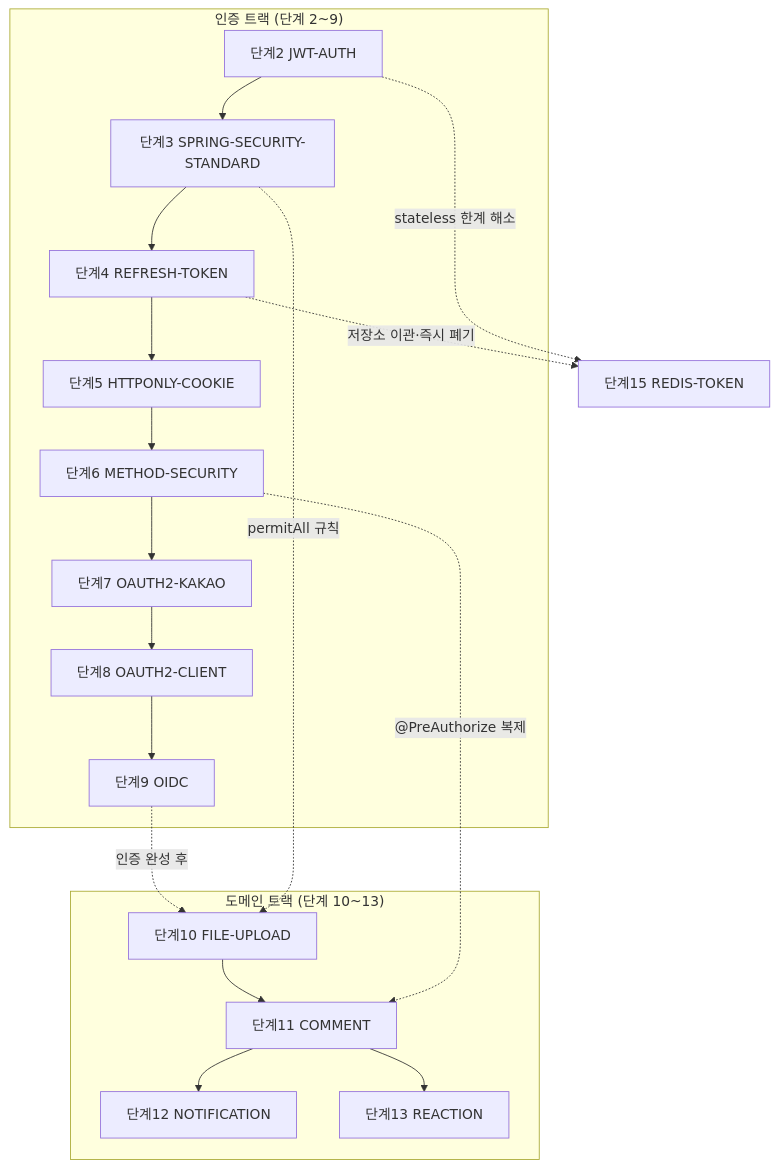
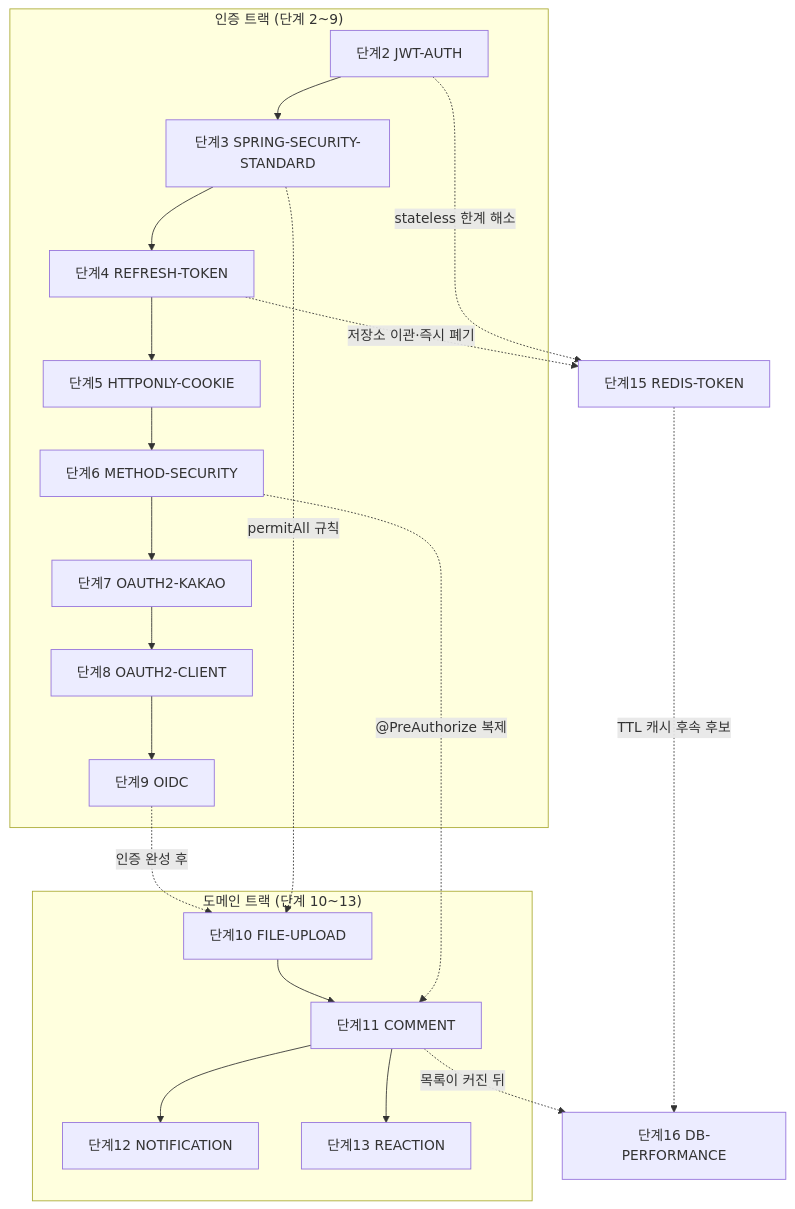
The diagram in docs/lecture/000-MOC.md (icesnake72/boards), drawn with Mermaid before and after one commit. The commit also changed other lines of this file and 4 other files, not shown here.

````diff
--- a/docs/lecture/000-MOC.md
+++ b/docs/lecture/000-MOC.md
@@ -18,22 +18,24 @@
 ```mermaid
 flowchart TD
   subgraph AUTH["인증 트랙 (단계 2~9)"]
     JWT["단계2 JWT-AUTH"] --> STD["단계3 SPRING-SECURITY-STANDARD"]
     STD --> RT["단계4 REFRESH-TOKEN"]
     RT --> COOKIE["단계5 HTTPONLY-COOKIE"]
     COOKIE --> MS["단계6 METHOD-SECURITY"]
     MS --> KAKAO["단계7 OAUTH2-KAKAO"]
     KAKAO --> CLIENT["단계8 OAUTH2-CLIENT"]
     CLIENT --> OIDC["단계9 OIDC"]
   end
   subgraph DOMAIN["도메인 트랙 (단계 10~13)"]
     FILE["단계10 FILE-UPLOAD"] --> COMMENT["단계11 COMMENT"]
     COMMENT --> NOTI["단계12 NOTIFICATION"]
     COMMENT --> REACT["단계13 REACTION"]
   end
   RT -.->|"저장소 이관·즉시 폐기"| REDIS["단계15 REDIS-TOKEN"]
   JWT -.->|"stateless 한계 해소"| REDIS
   OIDC -.->|"인증 완성 후"| FILE
   STD -.->|"permitAll 규칙"| FILE
   MS -.->|"@PreAuthorize 복제"| COMMENT
+  COMMENT -.->|"목록이 커진 뒤"| PERF["단계16 DB-PERFORMANCE"]
+  REDIS -.->|"TTL 캐시 후속 후보"| PERF
 ```
````
